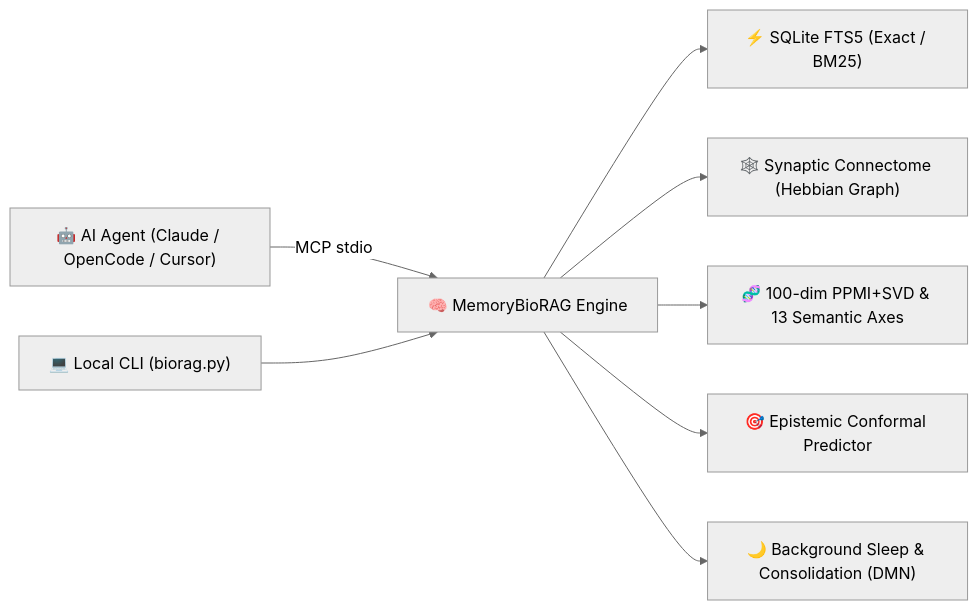
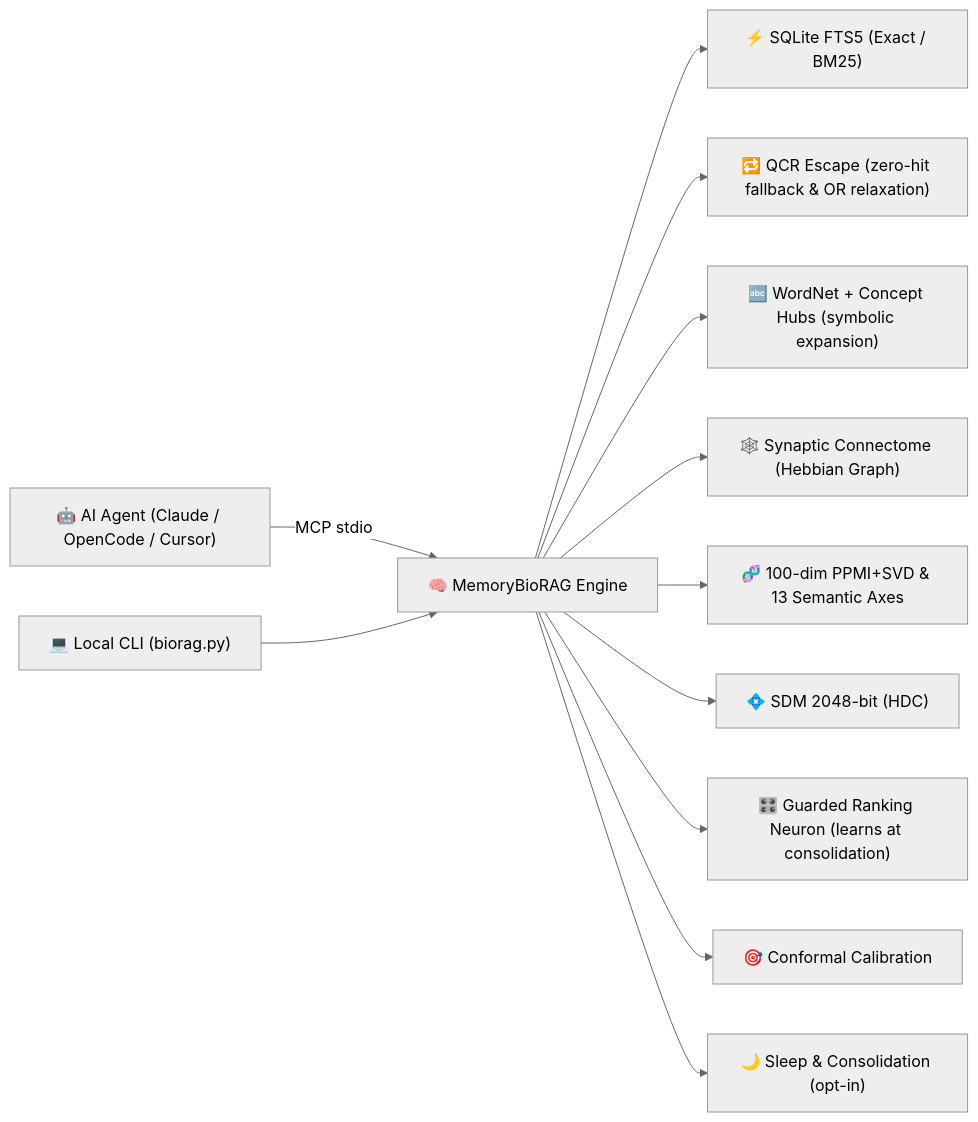
The diagram in release/README.template.md (dennysjmarquez/MemoryBioRAG), drawn with Mermaid (neutral theme) before and after one commit. The commit also changed other lines of this file, not shown here.

Commit message:
docs(release): polish README.template.md with updated architecture diagram and precise claims

````diff
--- a/release/README.template.md
+++ b/release/README.template.md
@@ -22,10 +22,14 @@
 ```mermaid
-graph LR
-    Agent["🤖 AI Agent (Claude / OpenCode / Cursor)"] -- "MCP stdio" --> Engine["🧠 MemoryBioRAG Engine"]
+flowchart LR
+    Agent["🤖 AI Agent (Claude / OpenCode / Cursor)"] -->|MCP stdio| Engine["🧠 MemoryBioRAG Engine"]
     CLI["💻 Local CLI (biorag.py)"] --> Engine
     Engine --> FTS["⚡ SQLite FTS5 (Exact / BM25)"]
-    Engine --> Graph["🕸️ Synaptic Connectome (Hebbian Graph)"]
-    Engine --> Latent["🧬 100-dim PPMI+SVD & 13 Semantic Axes"]
-    Engine --> Conformal["🎯 Epistemic Conformal Predictor"]
-    Engine --> DMN["🌙 Background Sleep & Consolidation (DMN)"]
+    Engine --> QCR["🔁 QCR Escape (zero-hit fallback & OR relaxation)"]
+    Engine --> SYM["🔤 WordNet + Concept Hubs (symbolic expansion)"]
+    Engine --> HEB["🕸️ Synaptic Connectome (Hebbian Graph)"]
+    Engine --> PPMI["🧬 100-dim PPMI+SVD & 13 Semantic Axes"]
+    Engine --> SDM["💠 SDM 2048-bit (HDC)"]
+    Engine --> NEU["🎛️ Guarded Ranking Neuron (learns at consolidation)"]
+    Engine --> CONF["🎯 Conformal Calibration"]
+    Engine --> SLEEP["🌙 Sleep & Consolidation (opt-in)"]
 ```
````
